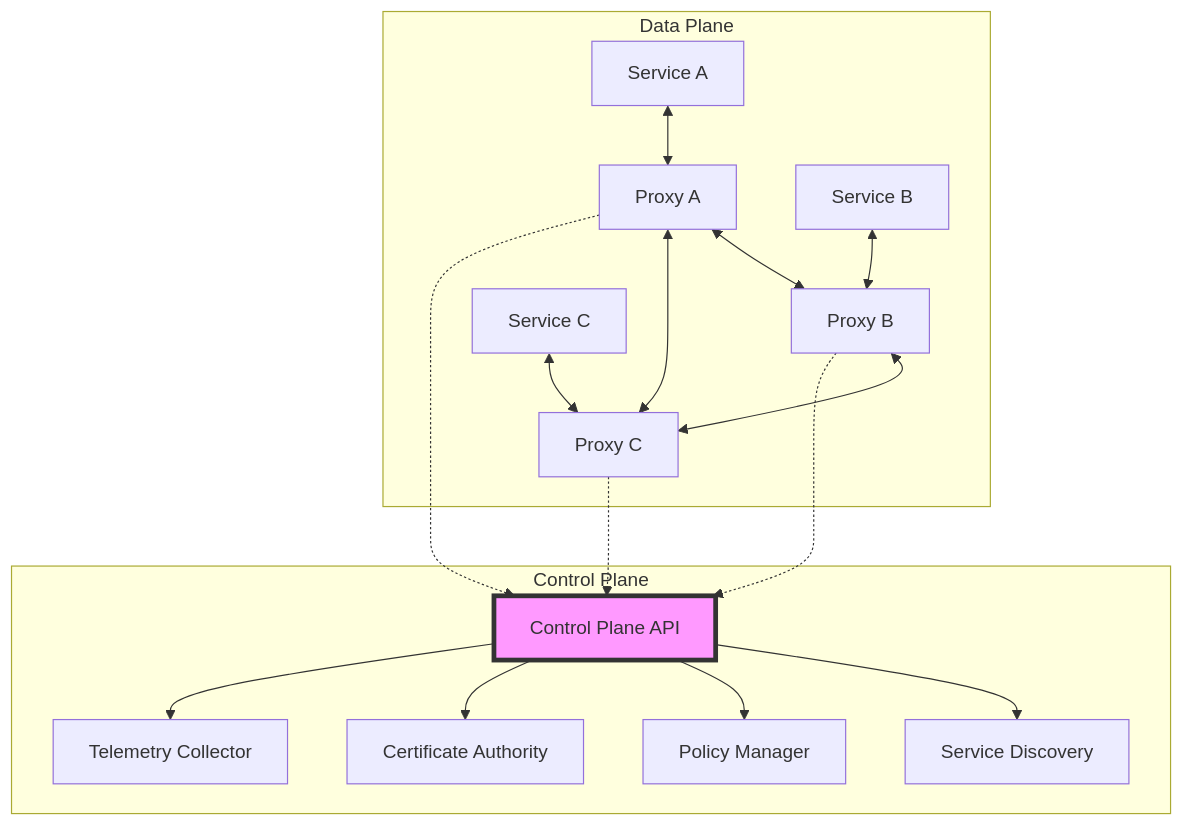
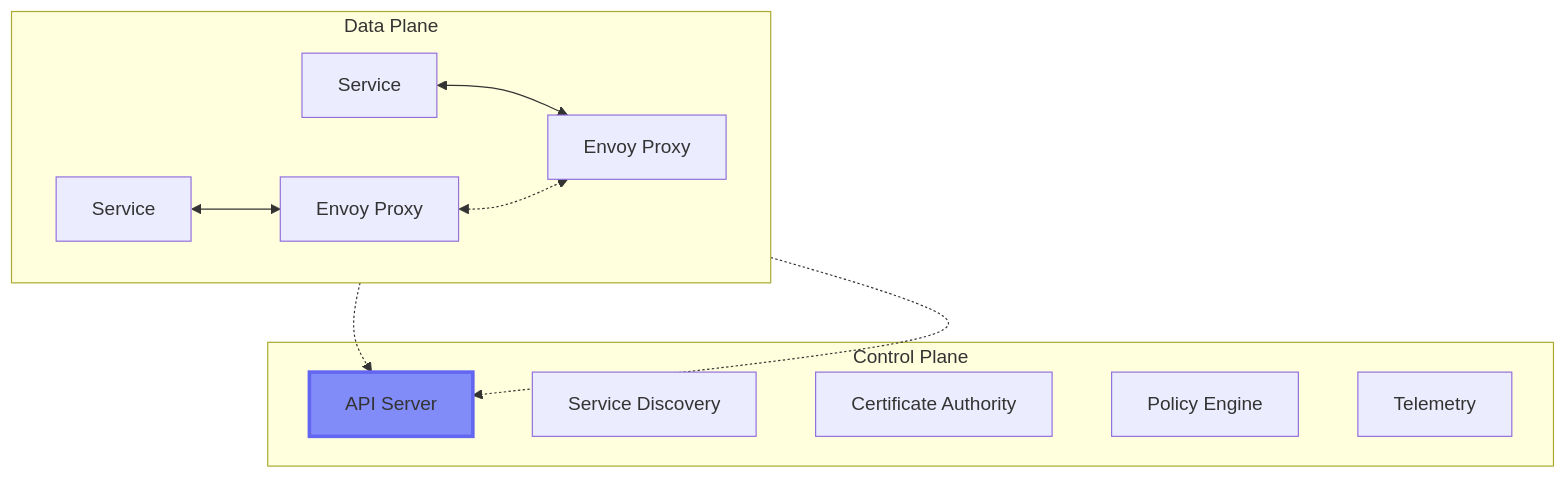
Before and after one commit to deepaucksharma/DStudio: the second of 5 diagrams in docs/pattern-library/communication/service-mesh.md, drawn with Mermaid. The commit also changed other lines of this file and 8 other files, not shown here.

````diff
--- a/docs/pattern-library/communication/service-mesh.md
+++ b/docs/pattern-library/communication/service-mesh.md
@@ -125,31 +115,21 @@
 ```mermaid
 graph TB
     subgraph "Data Plane"
-        S1[Service A] <--> P1[Proxy A]
-        S2[Service B] <--> P2[Proxy B]
-        S3[Service C] <--> P3[Proxy C]
-        
-        P1 <--> P2
-        P2 <--> P3
-        P1 <--> P3
+        direction LR
+        S1[Service] <--> P1[Envoy Proxy]
+        S2[Service] <--> P2[Envoy Proxy]
+        P1 <-.-> P2
     end
     
     subgraph "Control Plane"
-        CP[Control Plane API]
+        CP[API Server]
         SD[Service Discovery]
-        PM[Policy Manager]
         CA[Certificate Authority]
-        TM[Telemetry Collector]
-        
-        CP --> SD
-        CP --> PM
-        CP --> CA
-        CP --> TM
+        PM[Policy Engine]
+        TM[Telemetry]
     end
     
-    P1 -.-> CP
-    P2 -.-> CP
-    P3 -.-> CP
+    P1 & P2 -.-> CP
     
-    style CP fill:#f9f,stroke:#333,stroke-width:4px
+    style CP fill:#818cf8,stroke:#6366f1,stroke-width:3px
 ```
````
